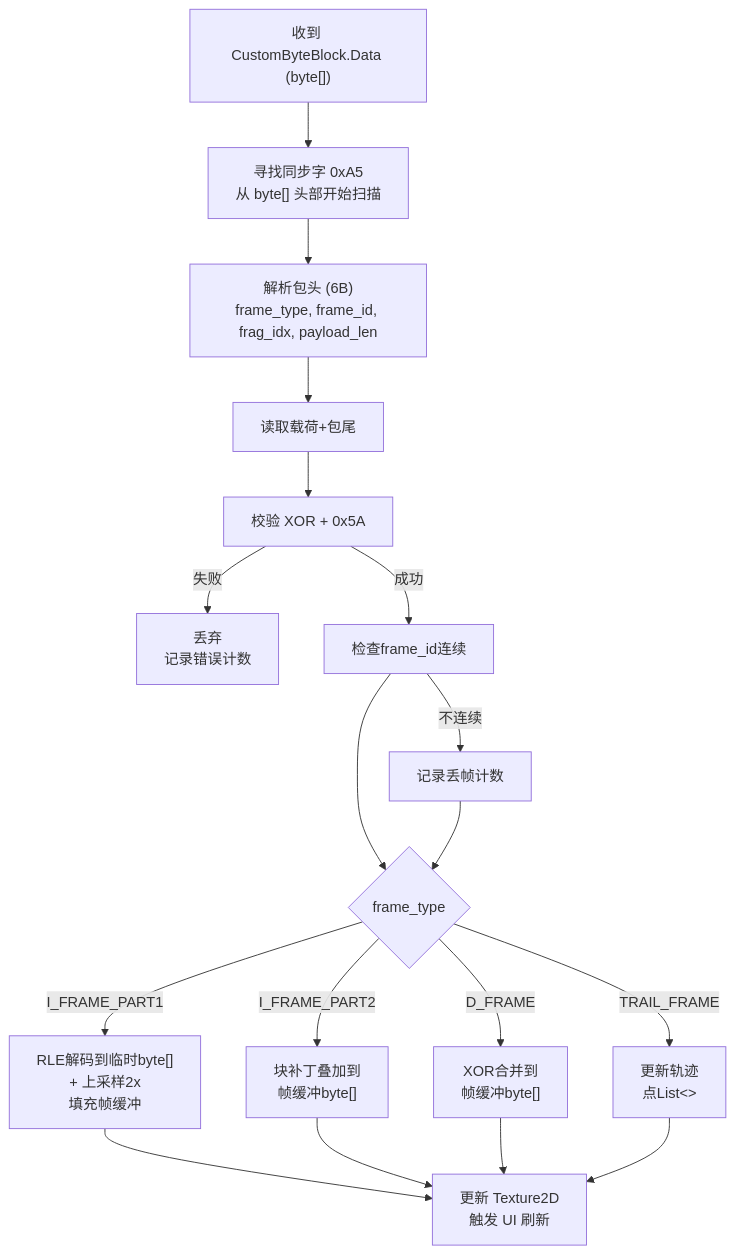
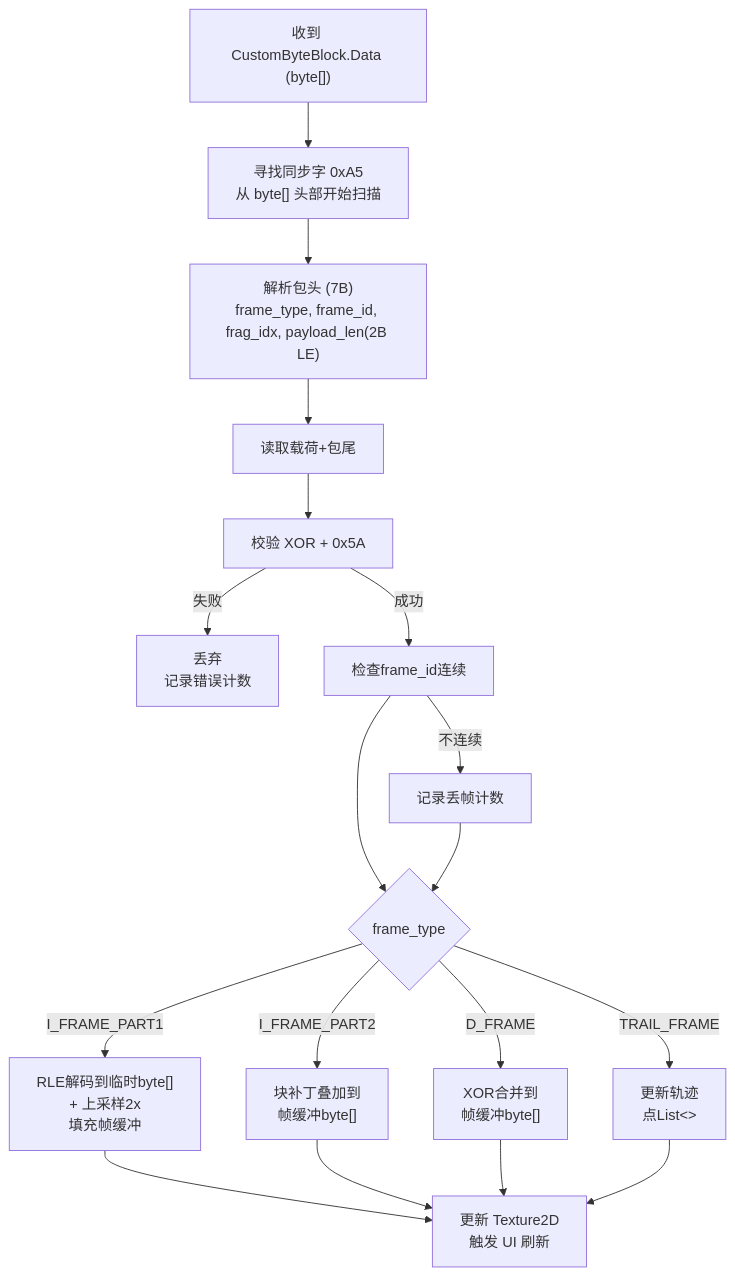
One commit to dfcyyyds/RoboMasterClientWMJ changed the fifth of 8 diagrams in 文档/视觉吊射方案.md. Above: the diagram before and after it, drawn with Mermaid. The commit also changed other lines of this file and 23 other files, not shown here.

````diff
--- a/文档/视觉吊射方案.md
+++ b/文档/视觉吊射方案.md
@@ -720,24 +720,24 @@
 ```mermaid
 flowchart TD
   In["收到 CustomByteBlock.Data (byte[])"] --> Sync["寻找同步字 0xA5<br/>从 byte[] 头部开始扫描"]
-  Sync --> Header["解析包头 (6B)<br/>frame_type, frame_id, frag_idx, payload_len"]
+  Sync --> Header["解析包头 (7B)<br/>frame_type, frame_id, frag_idx, payload_len(2B LE)"]
   Header --> Read["读取载荷+包尾"]
   Read --> Check["校验 XOR + 0x5A"]
 
   Check -->|失败| Drop["丢弃<br/>记录错误计数"]
   Check -->|成功| Cont["检查frame_id连续"]
   Cont -->|不连续| Lost["记录丢帧计数"]
 
   Cont --> Route{"frame_type"}
   Lost --> Route
 
   Route -->|I_FRAME_PART1| P1["RLE解码到临时byte[]<br/>+ 上采样2x<br/>填充帧缓冲"]
   Route -->|I_FRAME_PART2| P2["块补丁叠加到<br/>帧缓冲byte[]"]
   Route -->|D_FRAME| D["XOR合并到<br/>帧缓冲byte[]"]
   Route -->|TRAIL_FRAME| T["更新轨迹<br/>点List<>"]
 
   P1 --> Update["更新 Texture2D<br/>触发 UI 刷新"]
   P2 --> Update
   D --> Update
   T --> Update
 ```
````
